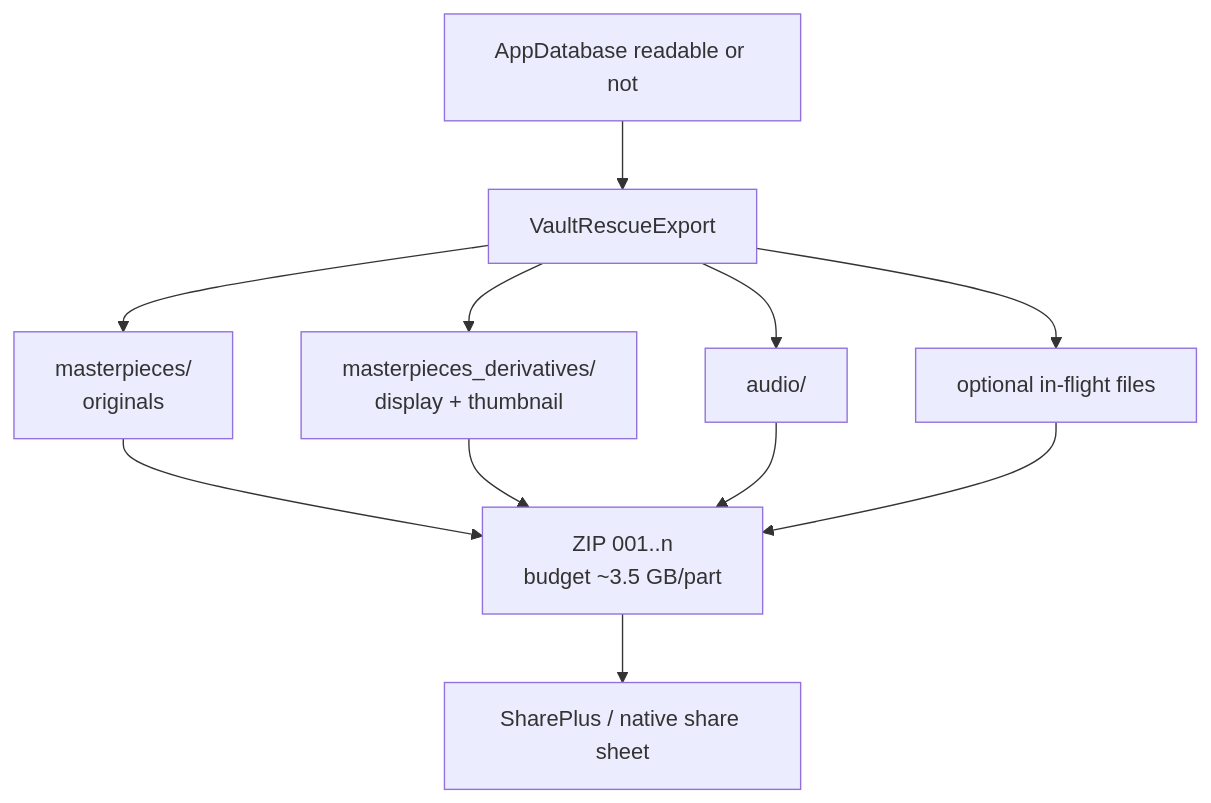
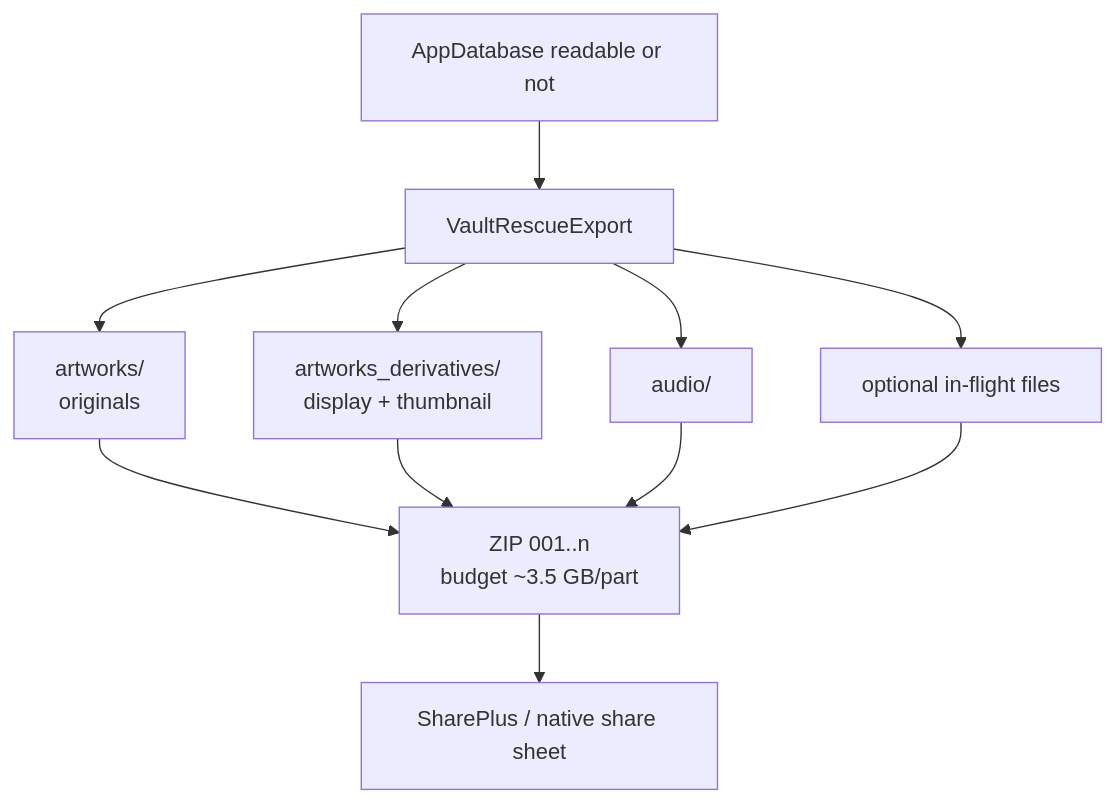
The second of 3 diagrams in docs/architecture/data-flows.md (KooliFab/artkiddo), drawn with Mermaid before and after one commit. The commit also changed other lines of this file and 80 other files, not shown here.

First line of the commit message:
refactor(core)!: adopt family/artwork names and reset local schema

````diff
--- a/docs/architecture/data-flows.md
+++ b/docs/architecture/data-flows.md
@@ -29,13 +29,13 @@
 ```mermaid
 flowchart TD
   A["AppDatabase readable or not"] --> B["VaultRescueExport"]
-  B --> C["masterpieces/\noriginals"]
-  B --> D["masterpieces_derivatives/\ndisplay + thumbnail"]
+  B --> C["artworks/\noriginals"]
+  B --> D["artworks_derivatives/\ndisplay + thumbnail"]
   B --> E["audio/"]
   B --> F["optional in-flight files"]
   C --> G["ZIP 001..n\nbudget ~3.5 GB/part"]
   D --> G
   E --> G
   F --> G
   G --> H["SharePlus / native share sheet"]
 ```
````
